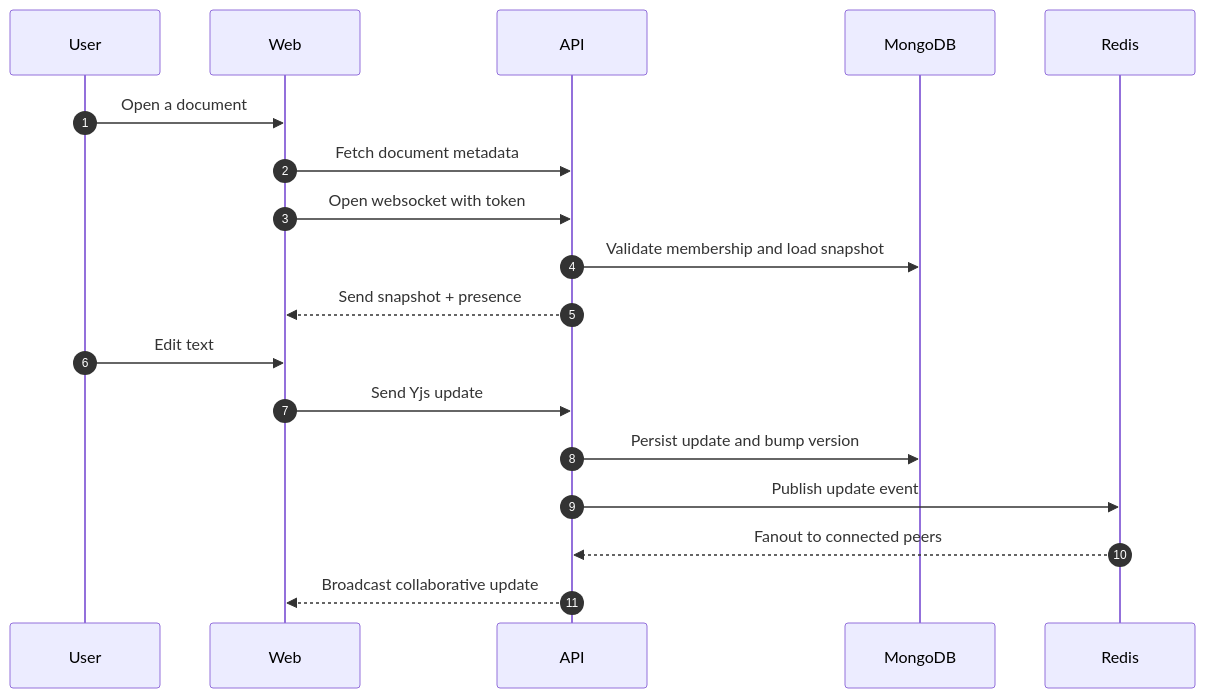
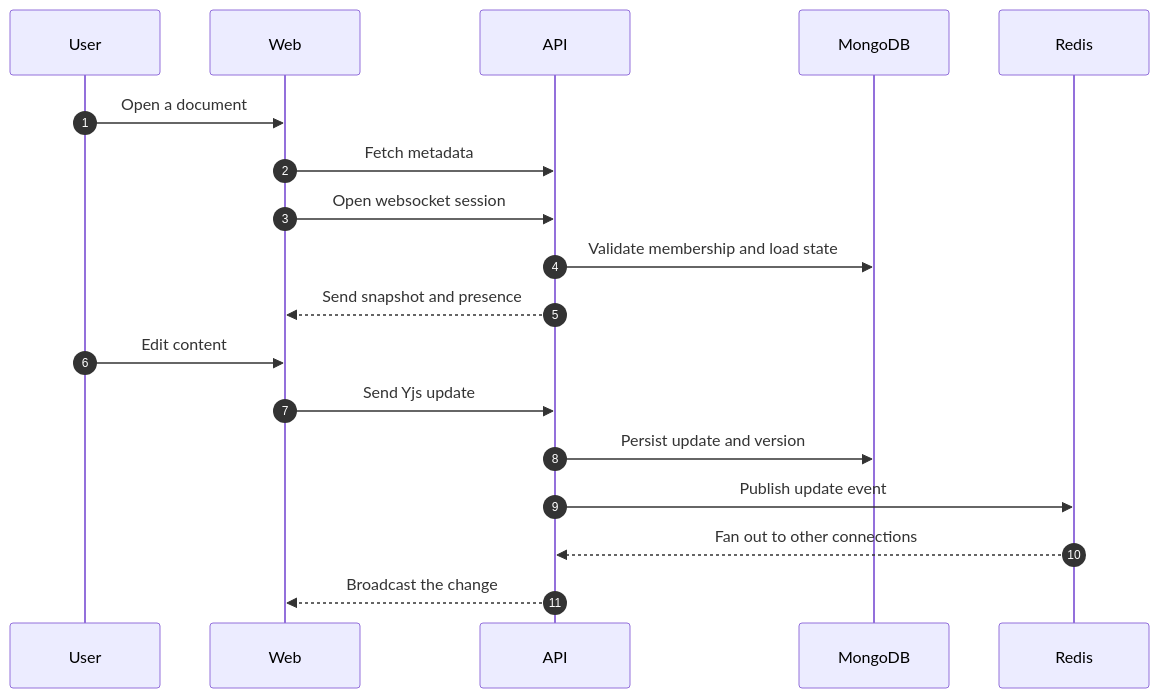
Before and after one commit to sushildalavi/SyncSpace: the second of 2 diagrams in README.md, drawn with Mermaid. The commit also changed other lines of this file, not shown here.

````diff
--- a/README.md
+++ b/README.md
@@ -29,21 +37,21 @@
 ```mermaid
 sequenceDiagram
   autonumber
   participant U as User
   participant W as Web
   participant A as API
   participant M as MongoDB
   participant R as Redis
 
   U->>W: Open a document
-  W->>A: Fetch document metadata
-  W->>A: Open websocket with token
-  A->>M: Validate membership and load snapshot
-  A-->>W: Send snapshot + presence
-  U->>W: Edit text
+  W->>A: Fetch metadata
+  W->>A: Open websocket session
+  A->>M: Validate membership and load state
+  A-->>W: Send snapshot and presence
+  U->>W: Edit content
   W->>A: Send Yjs update
-  A->>M: Persist update and bump version
+  A->>M: Persist update and version
   A->>R: Publish update event
-  R-->>A: Fanout to connected peers
-  A-->>W: Broadcast collaborative update
+  R-->>A: Fan out to other connections
+  A-->>W: Broadcast the change
 ```
````
